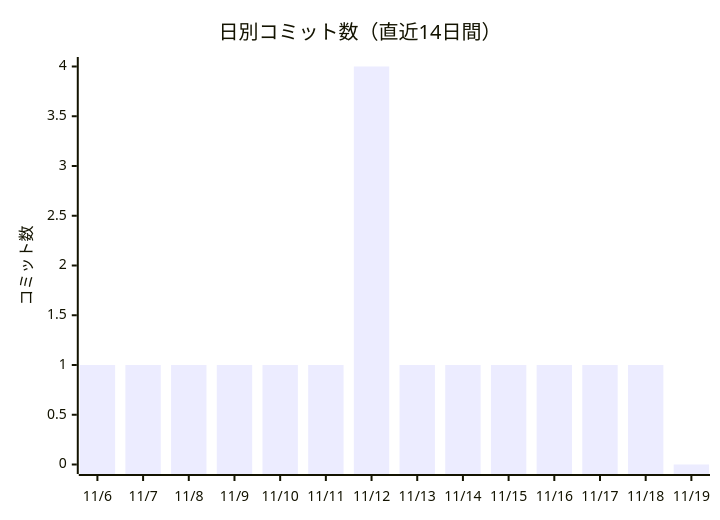
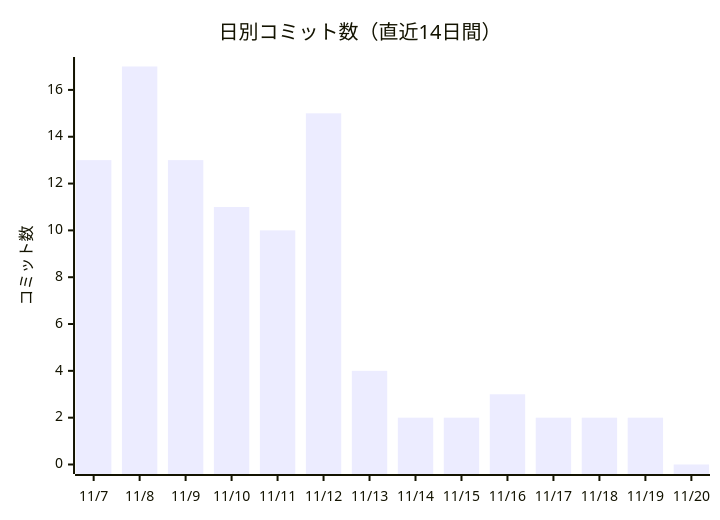
The first of 2 diagrams in docs/進化レポート.md (non-x2/non-x2), drawn with Mermaid before and after one commit. The commit also changed other lines of this file and 1 other file, not shown here.

````diff
--- a/docs/進化レポート.md
+++ b/docs/進化レポート.md
@@ -25,7 +25,7 @@
 ```mermaid
 xychart-beta
     title "日別コミット数（直近14日間）"
-    x-axis ["11/6", "11/7", "11/8", "11/9", "11/10", "11/11", "11/12", "11/13", "11/14", "11/15", "11/16", "11/17", "11/18", "11/19"]
+    x-axis ["11/7", "11/8", "11/9", "11/10", "11/11", "11/12", "11/13", "11/14", "11/15", "11/16", "11/17", "11/18", "11/19", "11/20"]
     y-axis "コミット数"
-    bar [1, 1, 1, 1, 1, 1, 4, 1, 1, 1, 1, 1, 1, 0]
+    bar [13, 17, 13, 11, 10, 15, 4, 2, 2, 3, 2, 2, 2, 0]
 ```
````
